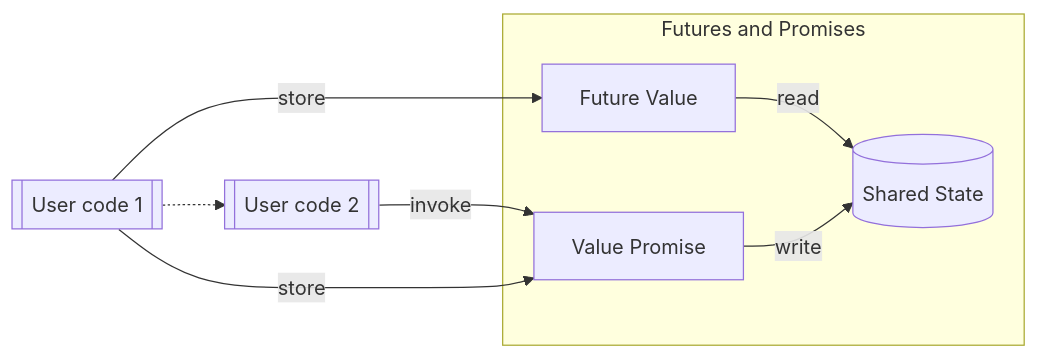
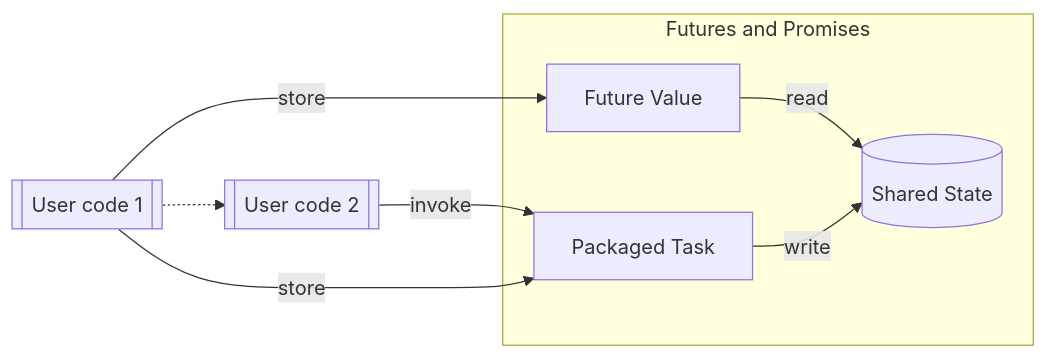
Before and after one commit to alandefreitas/futures: the second of 2 diagrams in docs/promises.md, drawn with Mermaid. The commit also changed other lines of this file and 37 other files, not shown here.

```diff
--- a/docs/promises.md
+++ b/docs/promises.md
@@ -51,11 +68,11 @@
 <div class="mermaid">
 graph LR
 M[[User code 1]] --> |store|F[Future Value]
-N[[User code 2]] --> |invoke|P[Value Promise]
+N[[User code 2]] --> |invoke|P[Packaged Task]
 subgraph Futures and Promises
 F --> |read|S[(Shared State)]
 P --> |write|S
 end
 M --> |store|P
 M -.-> N[[User code 2]]
 </div>
```
